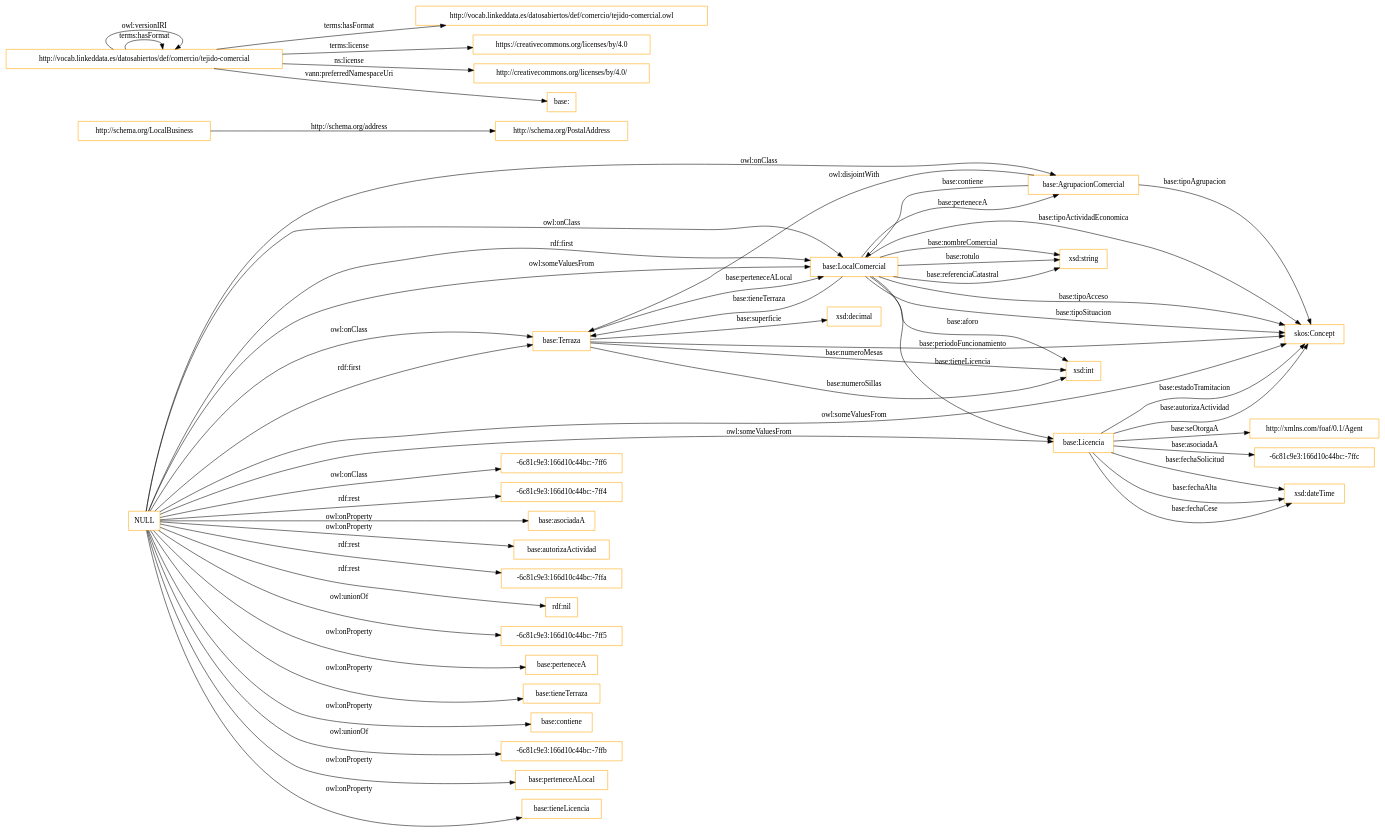
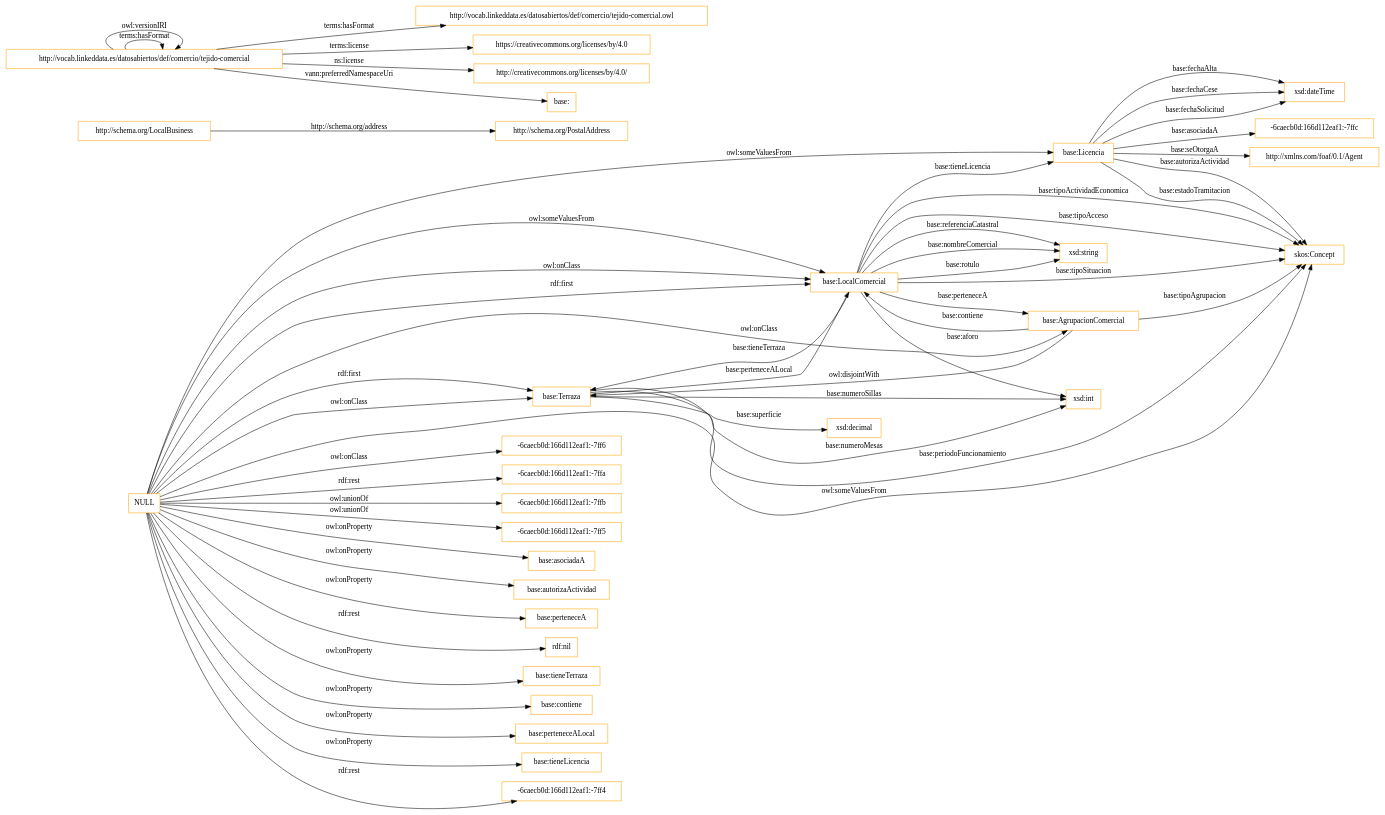
Before and after one commit to OnToologyUser/comercio-censo-locales: the diagram in OnToology/ontology/tejido-comercial.owl/diagrams/ar2dtool-class/tejido-comercial.owl.png.dot, drawn with Graphviz. The commit also changed 19 other files, not shown here.

```diff
--- a/OnToology/ontology/tejido-comercial.owl/diagrams/ar2dtool-class/tejido-comercial.owl.png.dot
+++ b/OnToology/ontology/tejido-comercial.owl/diagrams/ar2dtool-class/tejido-comercial.owl.png.dot
@@ -1,59 +1,59 @@
 digraph ar2dtool_diagram { 
 rankdir=LR;
 size="1501"
-node [shape = rectangle, color="orange"]; "base:Terraza" "http://xmlns.com/foaf/0.1/Agent" "http://schema.org/PostalAddress" "base:AgrupacionComercial" "-6c81c9e3:166d10c44bc:-7ffc" "skos:Concept" "http://schema.org/LocalBusiness" "base:LocalComercial" "base:Licencia" "-6c81c9e3:166d10c44bc:-7ff6" ; /*classes style*/
+node [shape = rectangle, color="orange"]; "-6caecb0d:166d112eaf1:-7ffc" "base:Terraza" "http://xmlns.com/foaf/0.1/Agent" "http://schema.org/PostalAddress" "base:AgrupacionComercial" "skos:Concept" "http://schema.org/LocalBusiness" "base:LocalComercial" "base:Licencia" "-6caecb0d:166d112eaf1:-7ff6" ; /*classes style*/
 	"NULL" -> "base:AgrupacionComercial" [ label = "owl:onClass" ];
-	"NULL" -> "-6c81c9e3:166d10c44bc:-7ff4" [ label = "rdf:rest" ];
+	"NULL" -> "-6caecb0d:166d112eaf1:-7ffa" [ label = "rdf:rest" ];
+	"NULL" -> "-6caecb0d:166d112eaf1:-7ffb" [ label = "owl:unionOf" ];
+	"NULL" -> "-6caecb0d:166d112eaf1:-7ff5" [ label = "owl:unionOf" ];
 	"NULL" -> "base:asociadaA" [ label = "owl:onProperty" ];
 	"NULL" -> "base:autorizaActividad" [ label = "owl:onProperty" ];
 	"NULL" -> "base:Terraza" [ label = "rdf:first" ];
-	"NULL" -> "-6c81c9e3:166d10c44bc:-7ffa" [ label = "rdf:rest" ];
+	"NULL" -> "base:Terraza" [ label = "owl:onClass" ];
+	"NULL" -> "base:perteneceA" [ label = "owl:onProperty" ];
 	"NULL" -> "rdf:nil" [ label = "rdf:rest" ];
-	"NULL" -> "-6c81c9e3:166d10c44bc:-7ff5" [ label = "owl:unionOf" ];
-	"NULL" -> "-6c81c9e3:166d10c44bc:-7ff6" [ label = "owl:onClass" ];
-	"NULL" -> "base:Terraza" [ label = "owl:onClass" ];
 	"NULL" -> "base:Licencia" [ label = "owl:someValuesFrom" ];
-	"NULL" -> "base:perteneceA" [ label = "owl:onProperty" ];
 	"NULL" -> "skos:Concept" [ label = "owl:someValuesFrom" ];
+	"NULL" -> "base:tieneTerraza" [ label = "owl:onProperty" ];
 	"NULL" -> "base:LocalComercial" [ label = "owl:someValuesFrom" ];
-	"NULL" -> "base:tieneTerraza" [ label = "owl:onProperty" ];
 	"NULL" -> "base:contiene" [ label = "owl:onProperty" ];
-	"NULL" -> "-6c81c9e3:166d10c44bc:-7ffb" [ label = "owl:unionOf" ];
 	"NULL" -> "base:perteneceALocal" [ label = "owl:onProperty" ];
 	"NULL" -> "base:tieneLicencia" [ label = "owl:onProperty" ];
 	"NULL" -> "base:LocalComercial" [ label = "owl:onClass" ];
+	"NULL" -> "-6caecb0d:166d112eaf1:-7ff6" [ label = "owl:onClass" ];
+	"NULL" -> "-6caecb0d:166d112eaf1:-7ff4" [ label = "rdf:rest" ];
 	"NULL" -> "base:LocalComercial" [ label = "rdf:first" ];
 	"http://vocab.linkeddata.es/datosabiertos/def/comercio/tejido-comercial" -> "http://vocab.linkeddata.es/datosabiertos/def/comercio/tejido-comercial.owl" [ label = "terms:hasFormat" ];
 	"http://vocab.linkeddata.es/datosabiertos/def/comercio/tejido-comercial" -> "http://vocab.linkeddata.es/datosabiertos/def/comercio/tejido-comercial" [ label = "terms:hasFormat" ];
 	"http://vocab.linkeddata.es/datosabiertos/def/comercio/tejido-comercial" -> "https://creativecommons.org/licenses/by/4.0" [ label = "terms:license" ];
 	"http://vocab.linkeddata.es/datosabiertos/def/comercio/tejido-comercial" -> "http://vocab.linkeddata.es/datosabiertos/def/comercio/tejido-comercial" [ label = "owl:versionIRI" ];
 	"http://vocab.linkeddata.es/datosabiertos/def/comercio/tejido-comercial" -> "http://creativecommons.org/licenses/by/4.0/" [ label = "ns:license" ];
 	"http://vocab.linkeddata.es/datosabiertos/def/comercio/tejido-comercial" -> "base:" [ label = "vann:preferredNamespaceUri" ];
 	"base:AgrupacionComercial" -> "base:Terraza" [ label = "owl:disjointWith" ];
 	"base:LocalComercial" -> "xsd:string" [ label = "base:referenciaCatastral" ];
 	"base:LocalComercial" -> "xsd:string" [ label = "base:nombreComercial" ];
 	"base:Terraza" -> "xsd:decimal" [ label = "base:superficie" ];
 	"base:LocalComercial" -> "skos:Concept" [ label = "base:tipoActividadEconomica" ];
 	"base:Licencia" -> "http://xmlns.com/foaf/0.1/Agent" [ label = "base:seOtorgaA" ];
 	"base:Licencia" -> "skos:Concept" [ label = "base:autorizaActividad" ];
 	"base:LocalComercial" -> "xsd:string" [ label = "base:rotulo" ];
 	"base:Licencia" -> "xsd:dateTime" [ label = "base:fechaCese" ];
 	"base:AgrupacionComercial" -> "skos:Concept" [ label = "base:tipoAgrupacion" ];
 	"http://schema.org/LocalBusiness" -> "http://schema.org/PostalAddress" [ label = "http://schema.org/address" ];
 	"base:LocalComercial" -> "xsd:int" [ label = "base:aforo" ];
 	"base:LocalComercial" -> "base:Terraza" [ label = "base:tieneTerraza" ];
 	"base:AgrupacionComercial" -> "base:LocalComercial" [ label = "base:contiene" ];
 	"base:Terraza" -> "xsd:int" [ label = "base:numeroSillas" ];
 	"base:Terraza" -> "base:LocalComercial" [ label = "base:perteneceALocal" ];
 	"base:Licencia" -> "skos:Concept" [ label = "base:estadoTramitacion" ];
 	"base:LocalComercial" -> "base:AgrupacionComercial" [ label = "base:perteneceA" ];
 	"base:Terraza" -> "xsd:int" [ label = "base:numeroMesas" ];
-	"base:Licencia" -> "-6c81c9e3:166d10c44bc:-7ffc" [ label = "base:asociadaA" ];
+	"base:Licencia" -> "-6caecb0d:166d112eaf1:-7ffc" [ label = "base:asociadaA" ];
 	"base:LocalComercial" -> "skos:Concept" [ label = "base:tipoAcceso" ];
 	"base:Licencia" -> "xsd:dateTime" [ label = "base:fechaSolicitud" ];
 	"base:LocalComercial" -> "base:Licencia" [ label = "base:tieneLicencia" ];
 	"base:Licencia" -> "xsd:dateTime" [ label = "base:fechaAlta" ];
 	"base:LocalComercial" -> "skos:Concept" [ label = "base:tipoSituacion" ];
 	"base:Terraza" -> "skos:Concept" [ label = "base:periodoFuncionamiento" ];
 
 }
```
